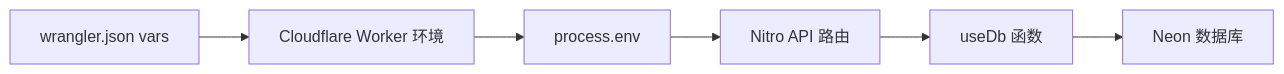
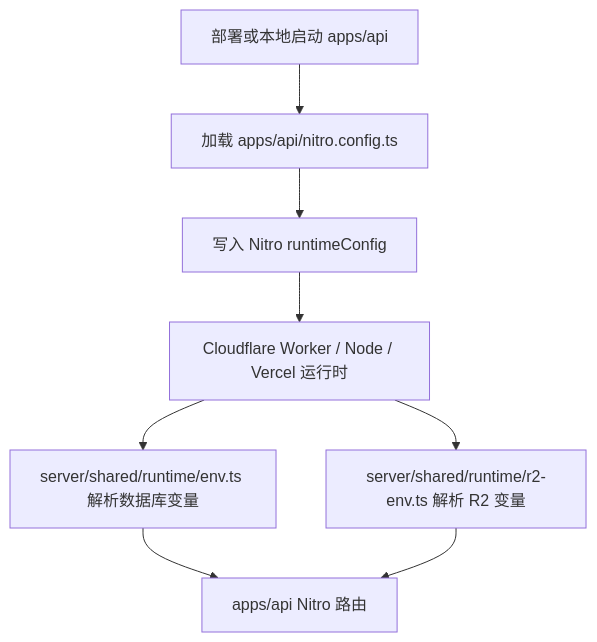
One commit to ruan-cat/11comm changed the diagram in apps/admin/src/docs/deploy/nitro-env-config.md. Above: the diagram before and after it, drawn with Mermaid. The commit also changed other lines of this file and 6 other files, not shown here.

````diff
--- a/apps/admin/src/docs/deploy/nitro-env-config.md
+++ b/apps/admin/src/docs/deploy/nitro-env-config.md
@@ -81,8 +7,10 @@
 ```mermaid
-graph LR
-    A[wrangler.json vars] --> B[Cloudflare Worker 环境]
-    B --> C[process.env]
-    C --> D[Nitro API 路由]
-    D --> E[useDb 函数]
-    E --> F[Neon 数据库]
+graph TD
+    A[部署或本地启动 apps/api] --> B[加载 apps/api/nitro.config.ts]
+    B --> C[写入 Nitro runtimeConfig]
+    C --> D[Cloudflare Worker / Node / Vercel 运行时]
+    D --> E[server/shared/runtime/env.ts 解析数据库变量]
+    D --> F[server/shared/runtime/r2-env.ts 解析 R2 变量]
+    E --> G[apps/api Nitro 路由]
+    F --> G
 ```
````
